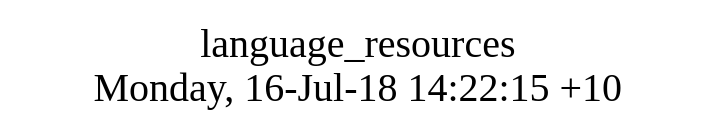
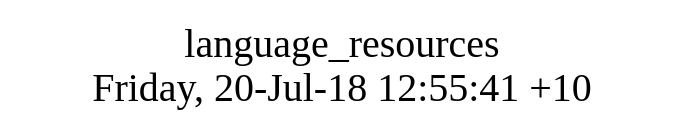
One commit to AplaProject/apps changed the diagram in src/basic/language_resources/struct.dot. Above: the diagram before and after it, drawn with Graphviz. The commit also changed 20 other files, not shown here.

```diff
--- a/src/basic/language_resources/struct.dot
+++ b/src/basic/language_resources/struct.dot
@@ -1,8 +1,8 @@
 digraph G {
 fontsize="24";
-label="language_resources\nMonday, 16-Jul-18 14:22:15 +10";
+label="language_resources\nFriday, 20-Jul-18 12:55:41 +10";
 nojustify=true;
 ordering=out;
 rankdir=LR;
 size="30";
 }
```
